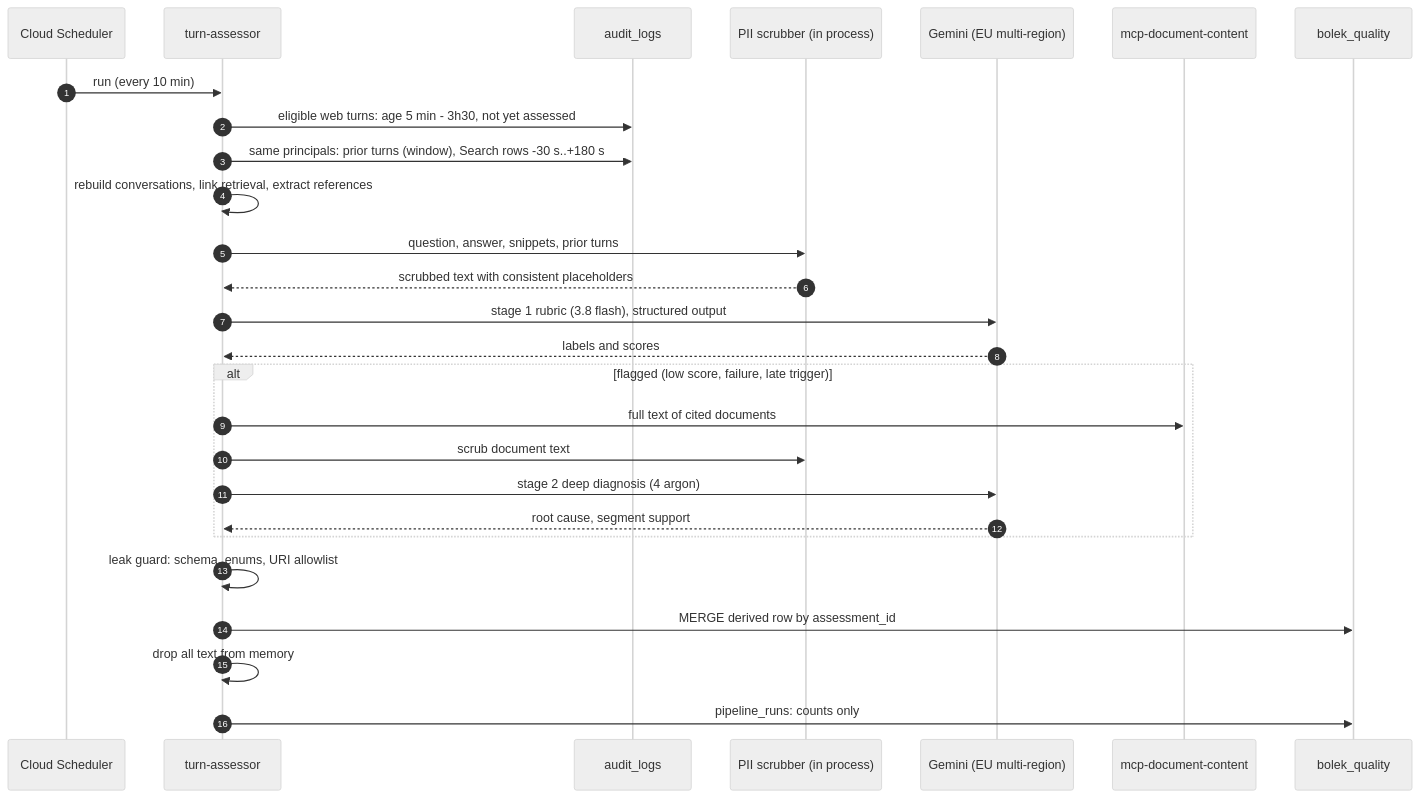
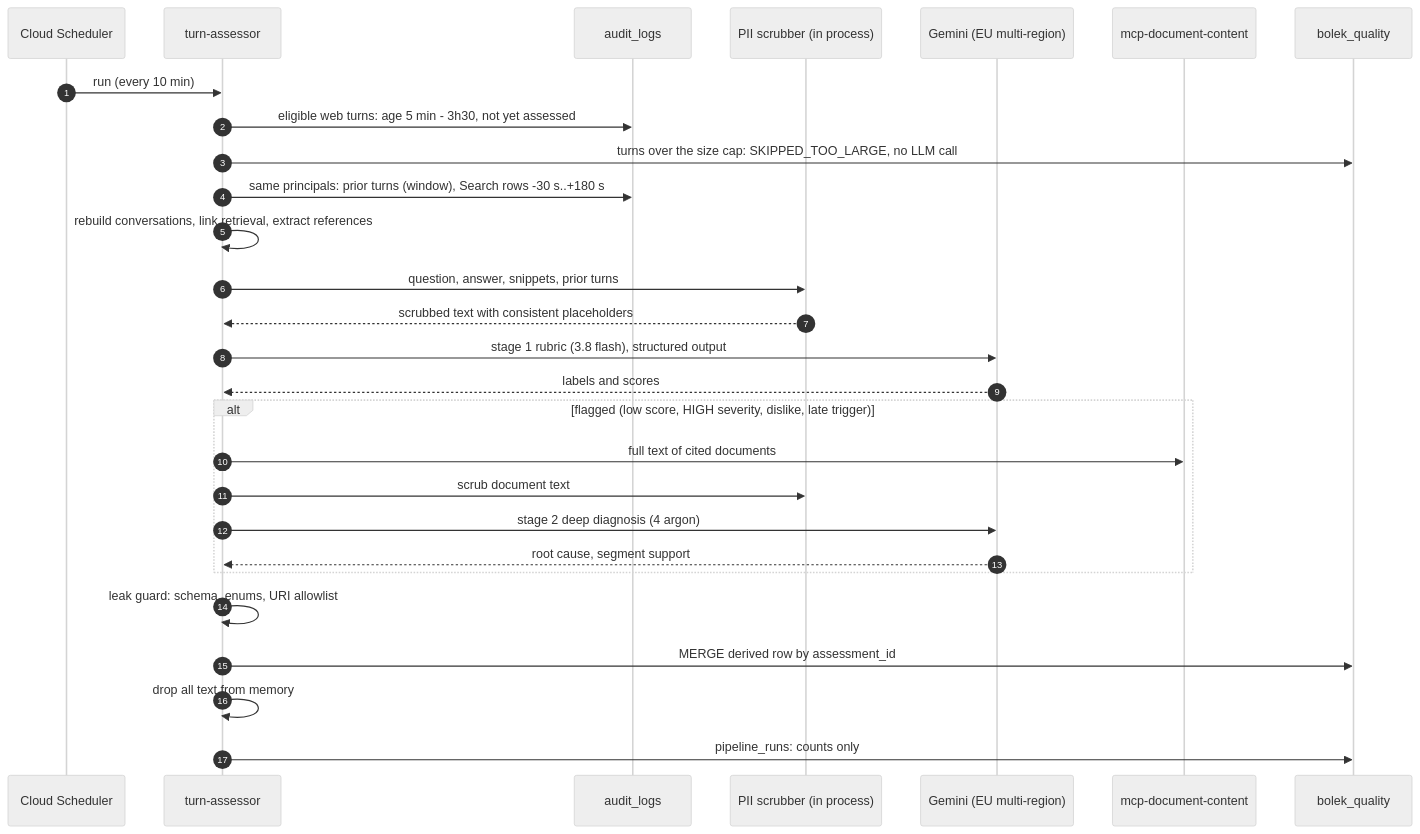
The fifth of 8 diagrams in design.md (pborkowski-rtbh/conversation-analyzer), drawn with Mermaid (neutral theme) before and after one commit. The commit also changed other lines of this file and 5 other files, not shown here.

````diff
--- a/design.md
+++ b/design.md
@@ -294,29 +317,30 @@
 ```mermaid
 sequenceDiagram
     autonumber
     participant SCH as Cloud Scheduler
     participant TA as turn-assessor
     participant BQ as audit_logs
     participant PII as PII scrubber (in process)
     participant LLM as Gemini (EU multi-region)
     participant GCS as mcp-document-content
     participant Q as bolek_quality
     SCH->>TA: run (every 10 min)
     TA->>BQ: eligible web turns: age 5 min - 3h30, not yet assessed
+    TA->>Q: turns over the size cap: SKIPPED_TOO_LARGE, no LLM call
     TA->>BQ: same principals: prior turns (window), Search rows -30 s..+180 s
     TA->>TA: rebuild conversations, link retrieval, extract references
     TA->>PII: question, answer, snippets, prior turns
     PII-->>TA: scrubbed text with consistent placeholders
     TA->>LLM: stage 1 rubric (3.8 flash), structured output
     LLM-->>TA: labels and scores
-    alt flagged (low score, failure, late trigger)
+    alt flagged (low score, HIGH severity, dislike, late trigger)
         TA->>GCS: full text of cited documents
         TA->>PII: scrub document text
         TA->>LLM: stage 2 deep diagnosis (4 argon)
         LLM-->>TA: root cause, segment support
     end
     TA->>TA: leak guard: schema, enums, URI allowlist
     TA->>Q: MERGE derived row by assessment_id
     TA->>TA: drop all text from memory
     TA->>Q: pipeline_runs: counts only
 ```
````
